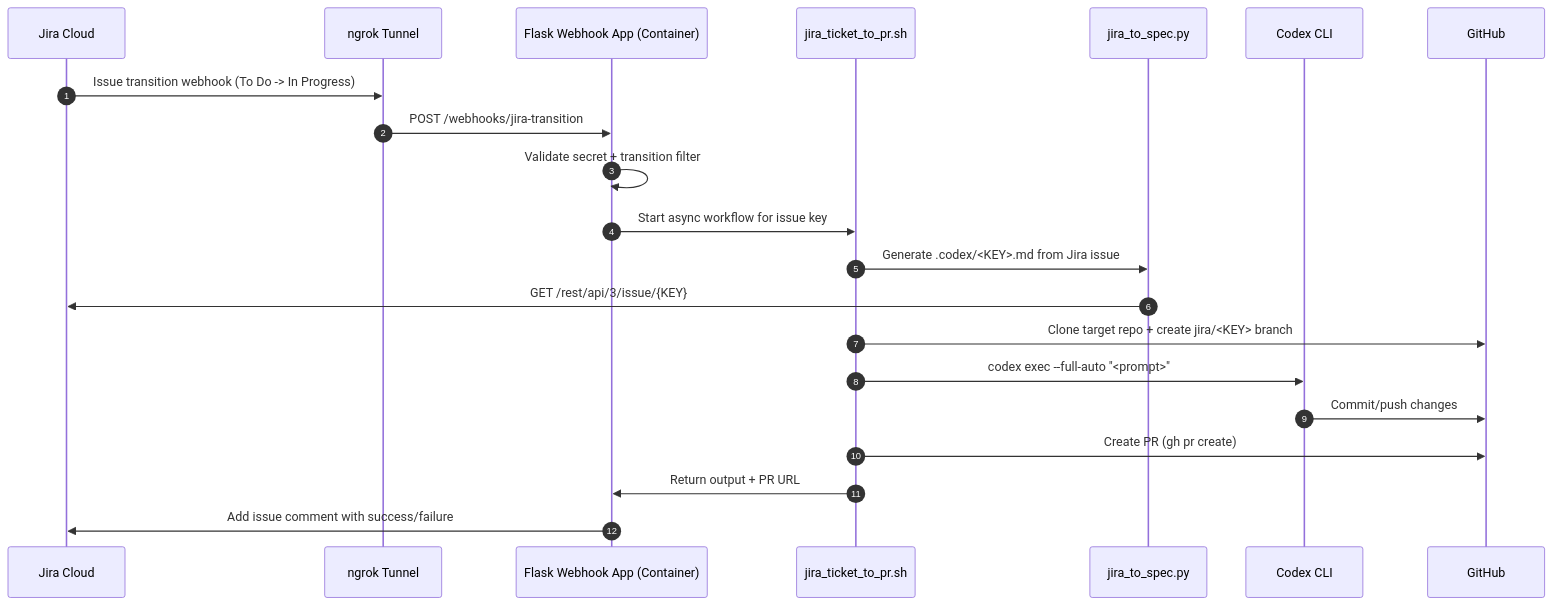
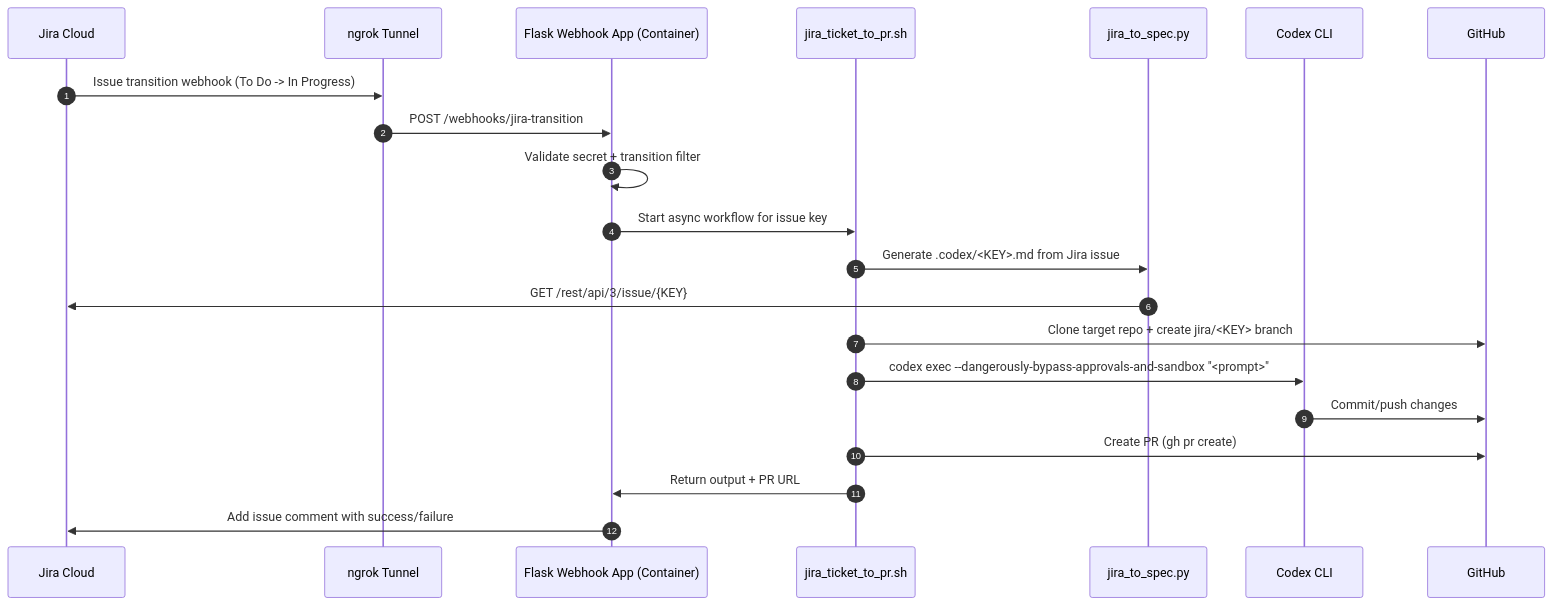
One commit to RDK995/JiraWorkflowAutomation changed the first of 2 diagrams in docs/architecture.md. Above: the diagram before and after it, drawn with Mermaid. The commit also changed other lines of this file and 19 other files, not shown here.

Commit message:
Improve setup flow and workflow visibility

````diff
--- a/docs/architecture.md
+++ b/docs/architecture.md
@@ -5,24 +5,24 @@
 ```mermaid
 sequenceDiagram
     autonumber
     participant Jira as Jira Cloud
     participant Ngrok as ngrok Tunnel
     participant App as Flask Webhook App (Container)
     participant Script as jira_ticket_to_pr.sh
     participant Spec as jira_to_spec.py
     participant Codex as Codex CLI
     participant GitHub as GitHub
 
     Jira->>Ngrok: Issue transition webhook (To Do -> In Progress)
     Ngrok->>App: POST /webhooks/jira-transition
     App->>App: Validate secret + transition filter
     App->>Script: Start async workflow for issue key
     Script->>Spec: Generate .codex/<KEY>.md from Jira issue
     Spec->>Jira: GET /rest/api/3/issue/{KEY}
     Script->>GitHub: Clone target repo + create jira/<KEY> branch
-    Script->>Codex: codex exec --full-auto "<prompt>"
+    Script->>Codex: codex exec --dangerously-bypass-approvals-and-sandbox "<prompt>"
     Codex->>GitHub: Commit/push changes
     Script->>GitHub: Create PR (gh pr create)
     Script->>App: Return output + PR URL
     App->>Jira: Add issue comment with success/failure
 ```
````
